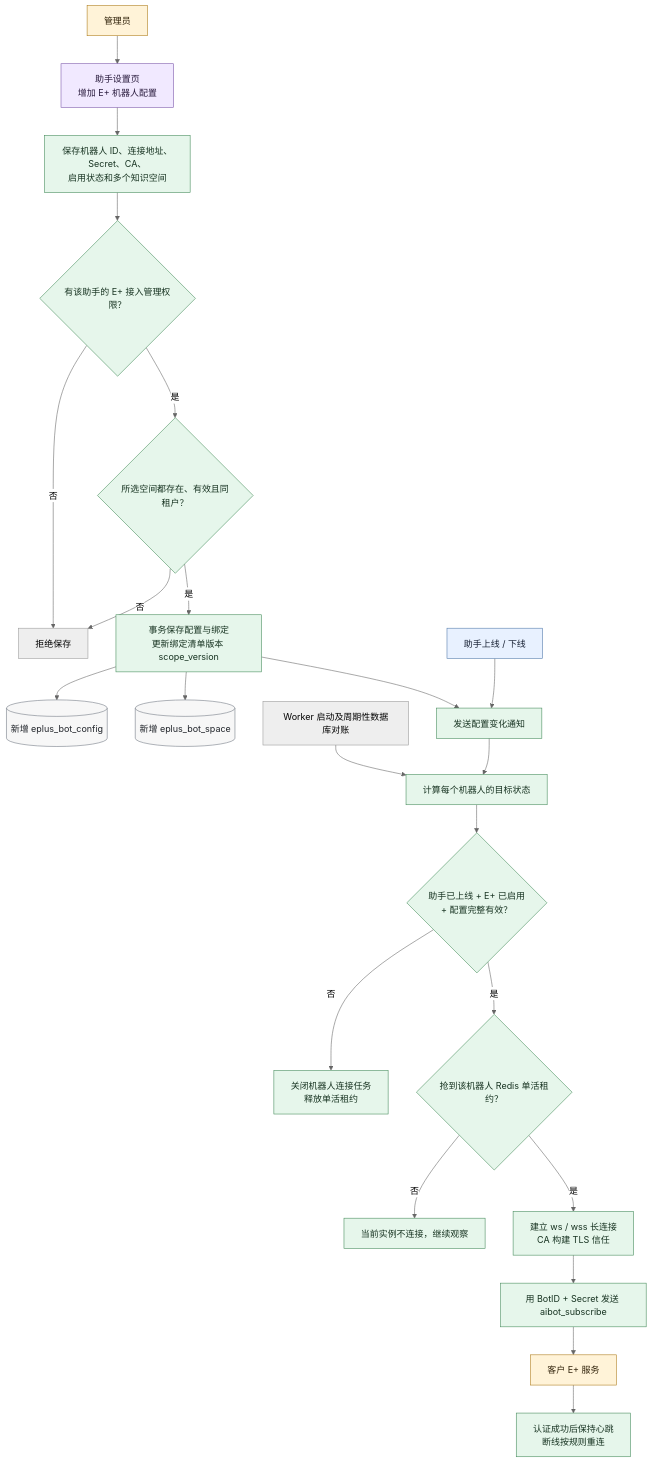
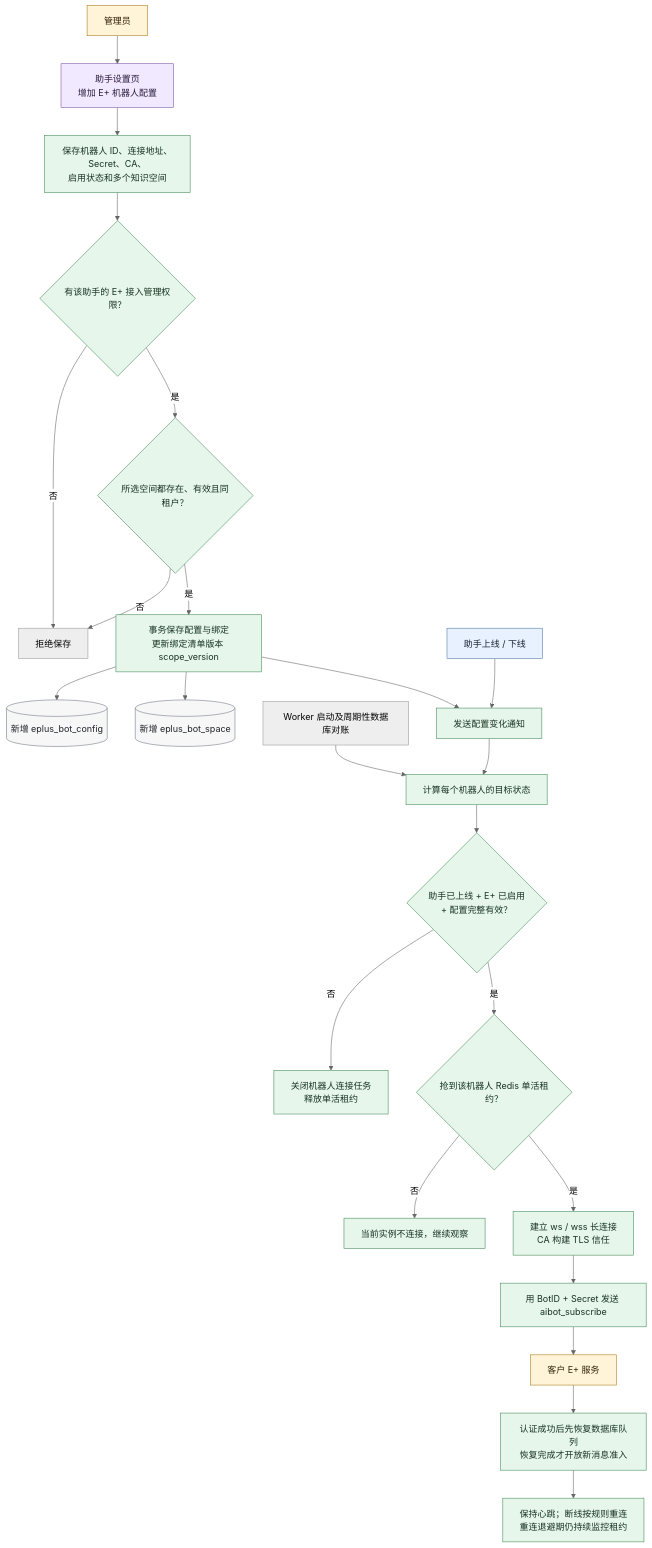
Before and after one commit to dataelement/bisheng: the second of 8 diagrams in features/v3.0.0-beta1/073-eplus-robot-assistant/technical-review-flowcharts.md, drawn with Mermaid (neutral theme). The commit also changed other lines of this file and 7 other files, not shown here.

````diff
--- a/features/v3.0.0-beta1/073-eplus-robot-assistant/technical-review-flowcharts.md
+++ b/features/v3.0.0-beta1/073-eplus-robot-assistant/technical-review-flowcharts.md
@@ -43,37 +43,38 @@
 ```mermaid
 flowchart TD
     ADMIN["管理员"] --> PAGE["助手设置页<br/>增加 E+ 机器人配置"]
     PAGE --> SAVE["保存机器人 ID、连接地址、Secret、CA、<br/>启用状态和多个知识空间"]
     SAVE --> AUTH{"有该助手的 E+ 接入管理权限？"}
     AUTH -->|否| DENY["拒绝保存"]
     AUTH -->|是| SPACE{"所选空间都存在、有效且同租户？"}
     SPACE -->|否| DENY
     SPACE -->|是| TX["事务保存配置与绑定<br/>更新绑定清单版本 scope_version"]
     TX --> BC[("新增 eplus_bot_config")]
     TX --> BS[("新增 eplus_bot_space")]
     TX --> NOTICE["发送配置变化通知"]
 
     ONLINE["助手上线 / 下线"] --> NOTICE
     START["Worker 启动及周期性数据库对账"] --> RECONCILE["计算每个机器人的目标状态"]
     NOTICE --> RECONCILE
     RECONCILE --> READY{"助手已上线 + E+ 已启用<br/>+ 配置完整有效？"}
     READY -->|否| STOP["关闭机器人连接任务<br/>释放单活租约"]
     READY -->|是| LEASE{"抢到该机器人 Redis 单活租约？"}
     LEASE -->|否| STANDBY["当前实例不连接，继续观察"]
     LEASE -->|是| CONN["建立 ws / wss 长连接<br/>CA 构建 TLS 信任"]
     CONN --> SUB["用 BotID + Secret 发送 aibot_subscribe"]
     SUB --> EPLUS["客户 E+ 服务"]
-    EPLUS --> STATUS["认证成功后保持心跳<br/>断线按规则重连"]
+    EPLUS --> RECOVER["认证成功后先恢复数据库队列<br/>恢复完成才开放新消息准入"]
+    RECOVER --> STATUS["保持心跳；断线按规则重连<br/>重连退避期仍持续监控租约"]
 
     classDef customer fill:#fff3d8,stroke:#ad7a18,color:#30220a;
     classDef added fill:#e6f6eb,stroke:#438a59,color:#173321;
     classDef changed fill:#f1e9ff,stroke:#7954a8,color:#291b3d;
     classDef existing fill:#e8f1ff,stroke:#4f78a8,color:#172033;
     classDef data fill:#f7f7f7,stroke:#6f7782,color:#20242a;
 
     class ADMIN,EPLUS customer;
     class PAGE changed;
-    class SAVE,AUTH,SPACE,TX,NOTICE,RECONCILE,READY,STOP,LEASE,STANDBY,CONN,SUB,STATUS added;
+    class SAVE,AUTH,SPACE,TX,NOTICE,RECONCILE,READY,STOP,LEASE,STANDBY,CONN,SUB,RECOVER,STATUS added;
     class ONLINE existing;
     class BC,BS data;
 ```
````
